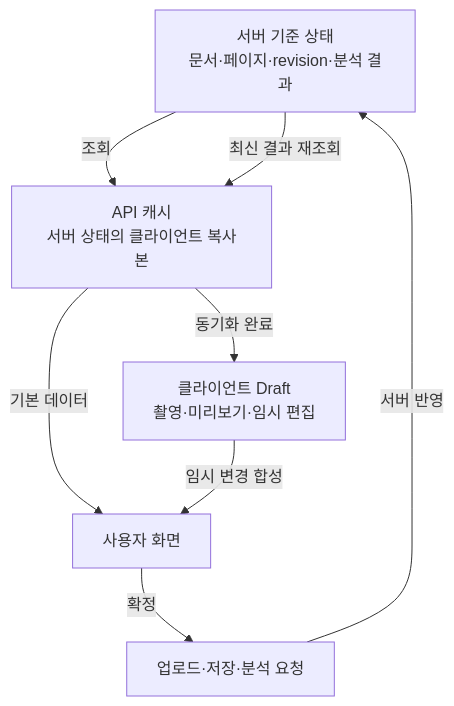
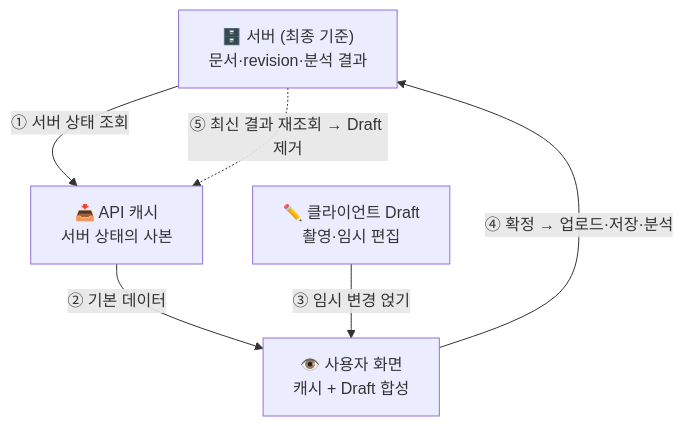
The fifth of 5 diagrams in README.md (kyungchan3007/clause-lens), drawn with Mermaid before and after one commit. The commit also changed other lines of this file, not shown here.

First line of the commit message:
docs: 나머지 다이어그램도 번호 순서·평문 설명으로 정리

````diff
--- a/README.md
+++ b/README.md
@@ -388,16 +391,13 @@
 ```mermaid
-flowchart TB
-    Server["서버 기준 상태<br>문서·페이지·revision·분석 결과"]
-    Cache["API 캐시<br>서버 상태의 클라이언트 복사본"]
-    Draft["클라이언트 Draft<br>촬영·미리보기·임시 편집"]
-    View["사용자 화면"]
-    Save["업로드·저장·분석 요청"]
+flowchart TD
+    S["🗄️ 서버 (최종 기준)<br/>문서·revision·분석 결과"]
+    C["📥 API 캐시<br/>서버 상태의 사본"]
+    D["✏️ 클라이언트 Draft<br/>촬영·임시 편집"]
+    V["👁️ 사용자 화면<br/>캐시 + Draft 합성"]
 
-    Server -->|"조회"| Cache
-    Cache -->|"기본 데이터"| View
-    Draft -->|"임시 변경 합성"| View
-    View -->|"확정"| Save
-    Save -->|"서버 반영"| Server
-    Server -->|"최신 결과 재조회"| Cache
-    Cache -->|"동기화 완료"| Draft
+    S -->|"① 서버 상태 조회"| C
+    C -->|"② 기본 데이터"| V
+    D -->|"③ 임시 변경 얹기"| V
+    V -->|"④ 확정 → 업로드·저장·분석"| S
+    S -.->|"⑤ 최신 결과 재조회 → Draft 제거"| C
 ```
````
